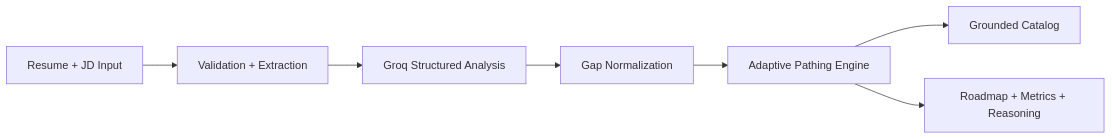
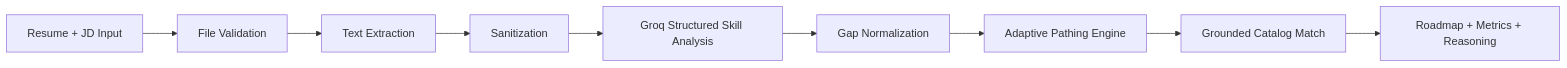
Before and after one commit to a-zax/ArtPark_team_monikabhati2005: the first of 2 diagrams in PRESENTATION_5_SLIDE_DECK.md, drawn with Mermaid. The commit also changed other lines of this file, not shown here.

````diff
--- a/PRESENTATION_5_SLIDE_DECK.md
+++ b/PRESENTATION_5_SLIDE_DECK.md
@@ -29,9 +117,11 @@
 ```mermaid
 flowchart LR
-    A[Resume + JD Input] --> B[Validation + Extraction]
-    B --> C[Groq Structured Analysis]
-    C --> D[Gap Normalization]
-    D --> E[Adaptive Pathing Engine]
-    E --> F[Grounded Catalog]
-    E --> G[Roadmap + Metrics + Reasoning]
+    A[Resume + JD Input] --> B[File Validation]
+    B --> C[Text Extraction]
+    C --> D[Sanitization]
+    D --> E[Groq Structured Skill Analysis]
+    E --> F[Gap Normalization]
+    F --> G[Adaptive Pathing Engine]
+    G --> H[Grounded Catalog Match]
+    H --> I[Roadmap + Metrics + Reasoning]
 ```
````
